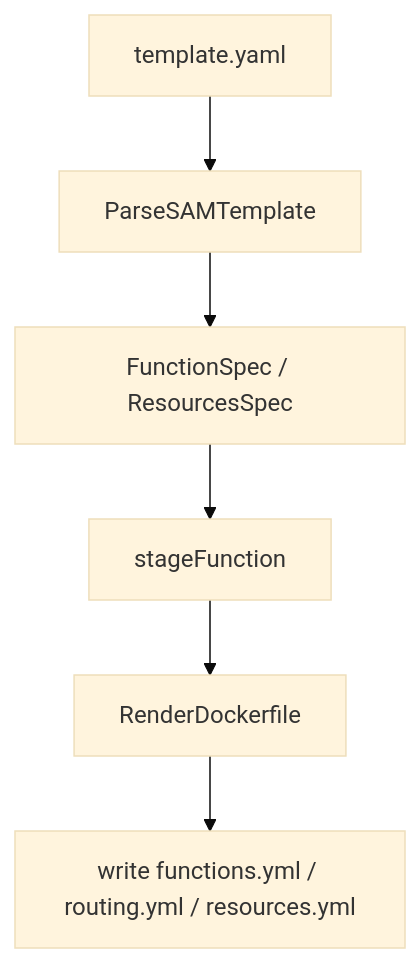
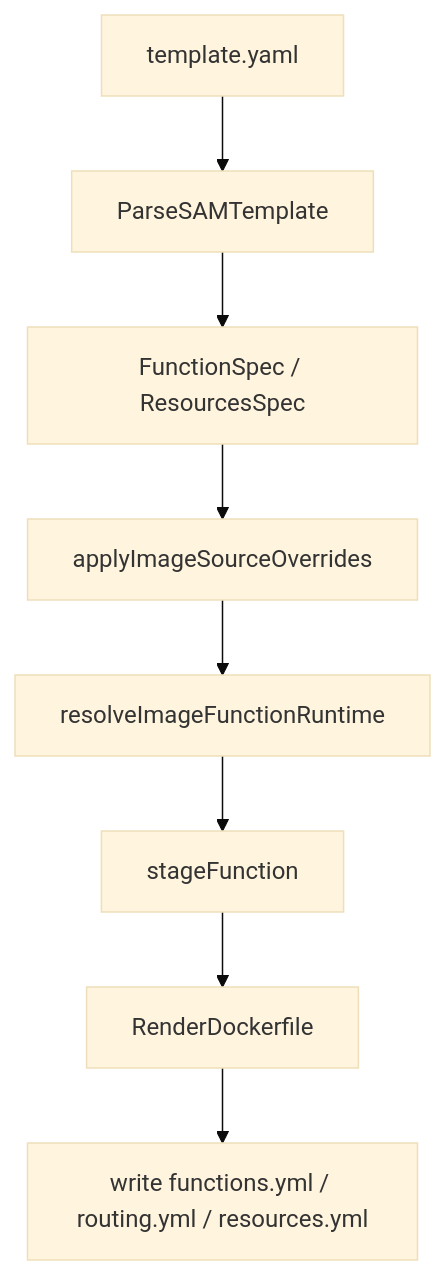
One commit to poruru-code/esb-cli changed the diagram in docs/generator-architecture.md. Above: the diagram before and after it, drawn with Mermaid (base theme). The commit also changed other lines of this file and 30 other files, not shown here.

````diff
--- a/docs/generator-architecture.md
+++ b/docs/generator-architecture.md
@@ -26,8 +27,10 @@
 ```mermaid
 flowchart TD
     A[template.yaml] --> B[ParseSAMTemplate]
     B --> C[FunctionSpec / ResourcesSpec]
-    C --> D[stageFunction]
-    D --> E[RenderDockerfile]
-    E --> F[write functions.yml / routing.yml / resources.yml]
+    C --> D[applyImageSourceOverrides]
+    D --> E[resolveImageFunctionRuntime]
+    E --> F[stageFunction]
+    F --> G[RenderDockerfile]
+    G --> H[write functions.yml / routing.yml / resources.yml]
 ```
````
